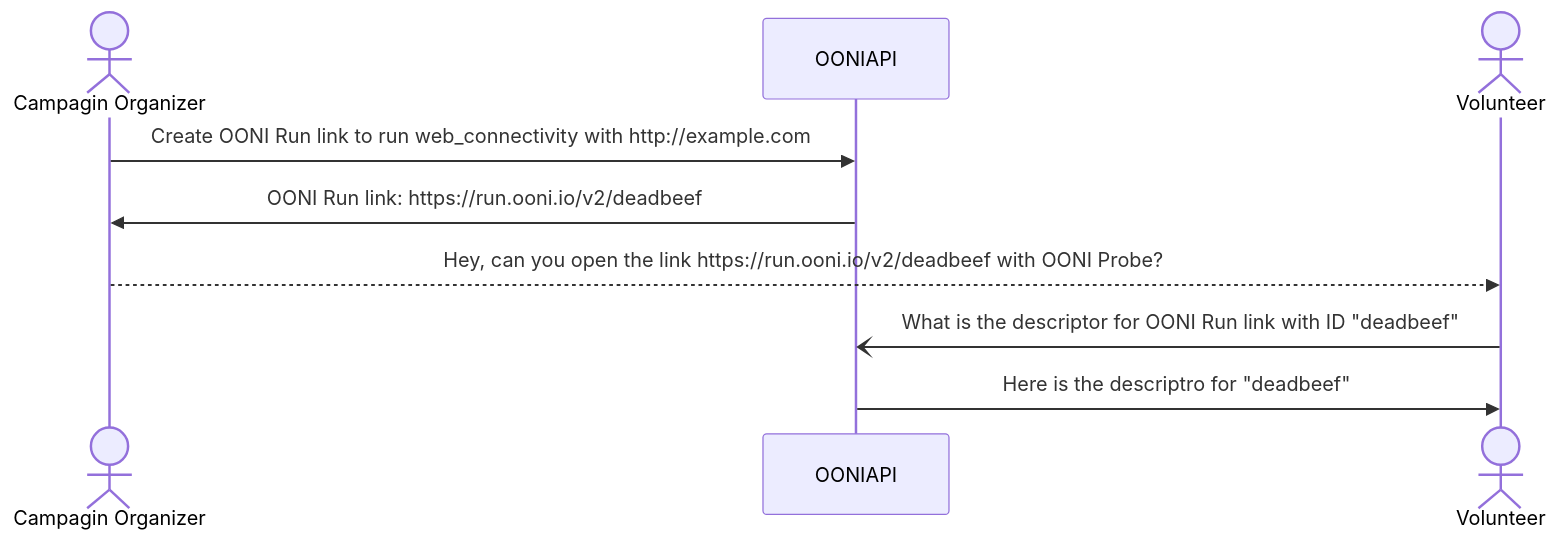
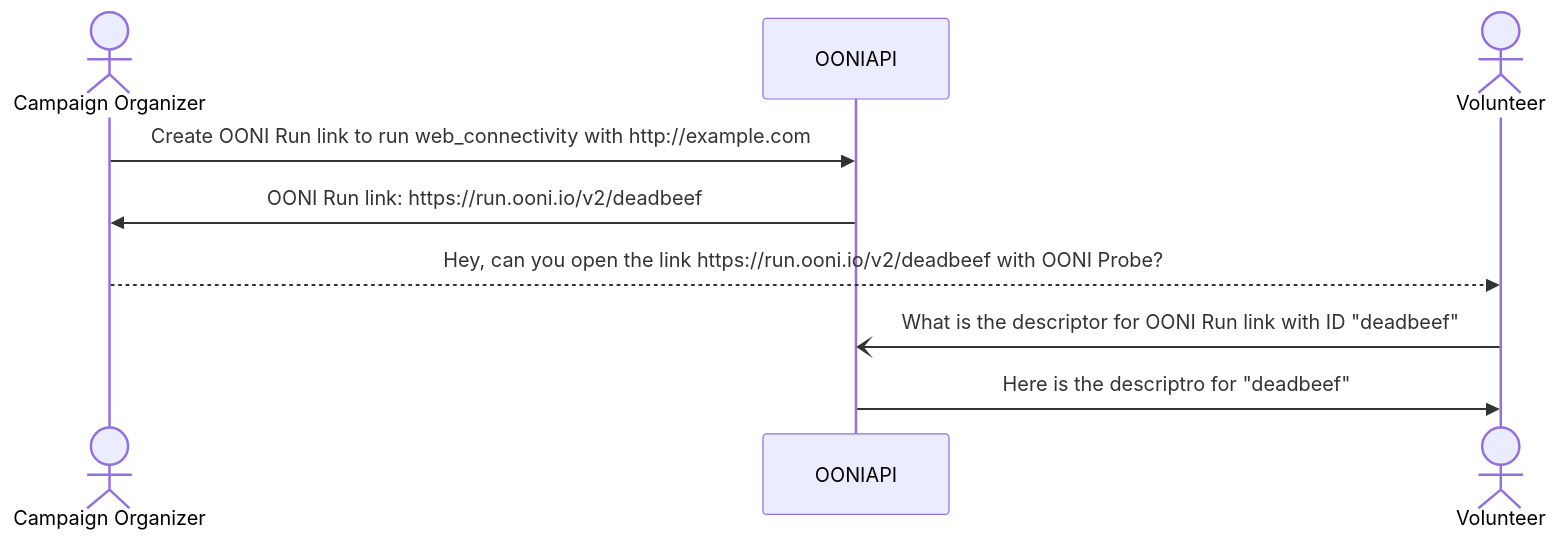
The diagram in backends/bk-005-ooni-run-v2.md (ooni/spec), drawn with Mermaid before and after one commit.

````diff
--- a/backends/bk-005-ooni-run-v2.md
+++ b/backends/bk-005-ooni-run-v2.md
@@ -32,12 +32,12 @@
 ```mermaid
 sequenceDiagram
-    actor CampaignOrganizer as Campagin Organizer
+    actor CampaignOrganizer as Campaign Organizer
     participant OONIAPI
     actor Volunteer
 
     CampaignOrganizer->>OONIAPI: Create OONI Run link to run web_connectivity with http://example.com
     OONIAPI->>CampaignOrganizer: OONI Run link: https://run.ooni.io/v2/deadbeef
     CampaignOrganizer-->>Volunteer: Hey, can you open the link https://run.ooni.io/v2/deadbeef with OONI Probe?
     Volunteer-)OONIAPI: What is the descriptor for OONI Run link with ID "deadbeef"
     OONIAPI->>Volunteer: Here is the descriptro for "deadbeef"
 ```
````
